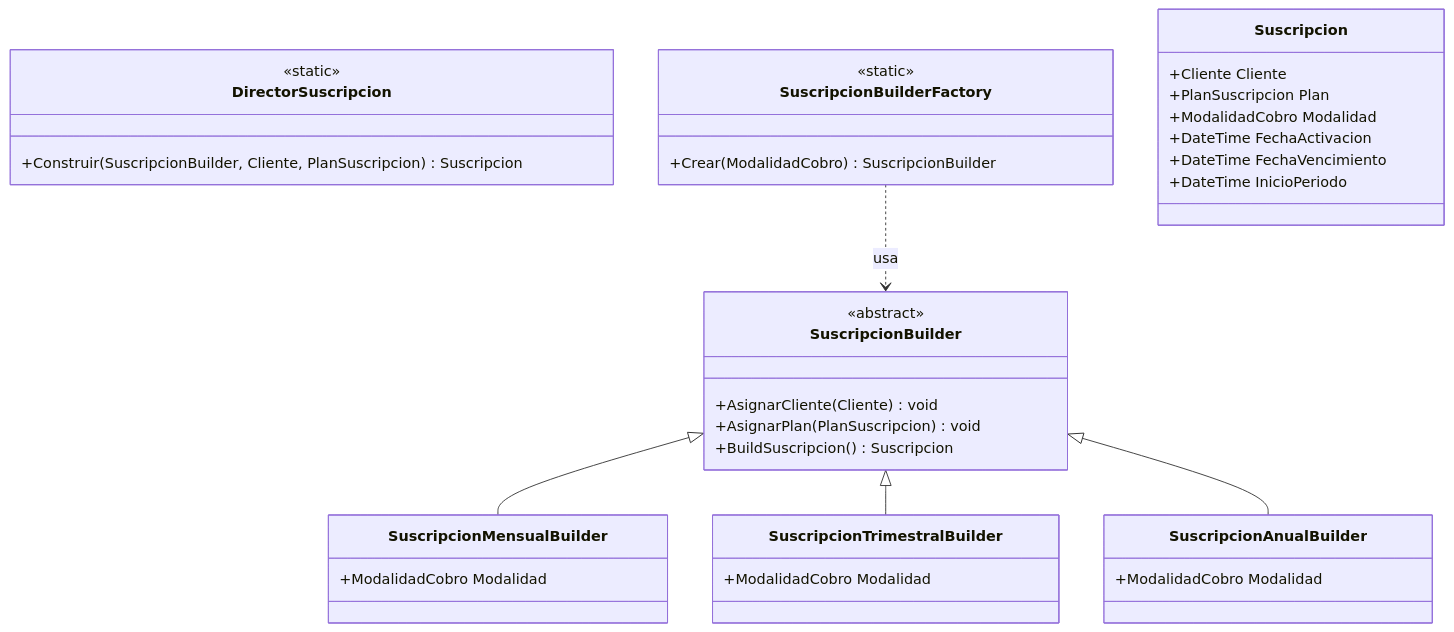
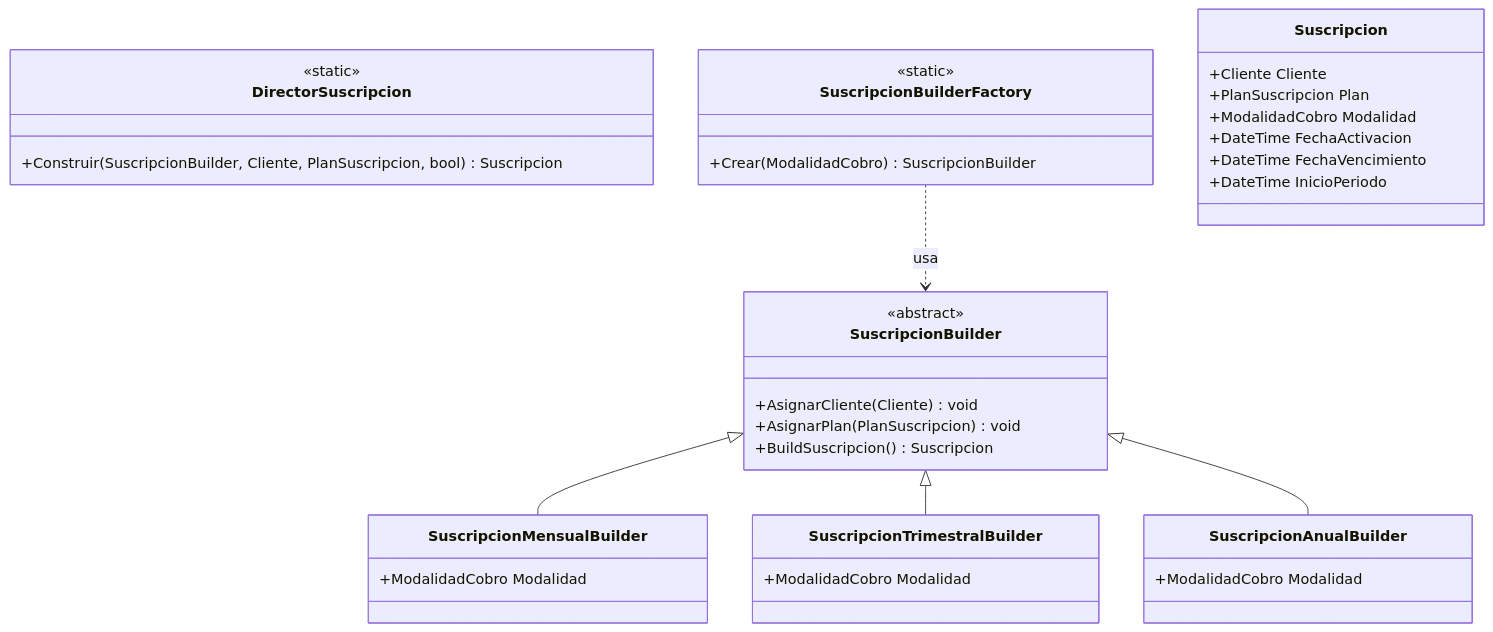
The diagram in docs/diagramas/mermaid/CLASES_patron_builder_suscripcion.mmd (valentinamorana/Trabajo-de-Diploma), drawn with Mermaid before and after one commit. The commit also changed 183 other files, not shown here.

```diff
--- a/docs/diagramas/mermaid/CLASES_patron_builder_suscripcion.mmd
+++ b/docs/diagramas/mermaid/CLASES_patron_builder_suscripcion.mmd
@@ -1,37 +1,37 @@
 classDiagram
   direction TB
   class DirectorSuscripcion {
     <<static>>
-    +Construir(SuscripcionBuilder,  Cliente,  PlanSuscripcion) Suscripcion
+    +Construir(SuscripcionBuilder,  Cliente,  PlanSuscripcion,  bool) Suscripcion
   }
   class SuscripcionBuilder {
     <<abstract>>
     +AsignarCliente(Cliente) void
     +AsignarPlan(PlanSuscripcion) void
     +BuildSuscripcion() Suscripcion
   }
   class SuscripcionMensualBuilder {
     +ModalidadCobro Modalidad
   }
   class SuscripcionTrimestralBuilder {
     +ModalidadCobro Modalidad
   }
   class SuscripcionAnualBuilder {
     +ModalidadCobro Modalidad
   }
   class SuscripcionBuilderFactory {
     <<static>>
     +Crear(ModalidadCobro) SuscripcionBuilder
   }
   class Suscripcion {
     +Cliente Cliente
     +PlanSuscripcion Plan
     +ModalidadCobro Modalidad
     +DateTime FechaActivacion
     +DateTime FechaVencimiento
     +DateTime InicioPeriodo
   }
   SuscripcionBuilder <|-- SuscripcionMensualBuilder
   SuscripcionBuilder <|-- SuscripcionTrimestralBuilder
   SuscripcionBuilder <|-- SuscripcionAnualBuilder
   SuscripcionBuilderFactory ..> SuscripcionBuilder : usa
```
